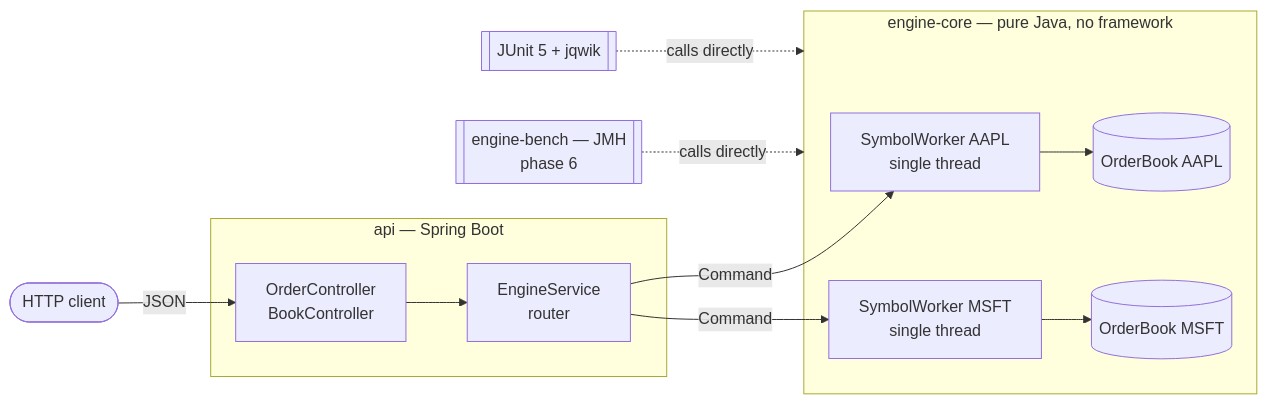
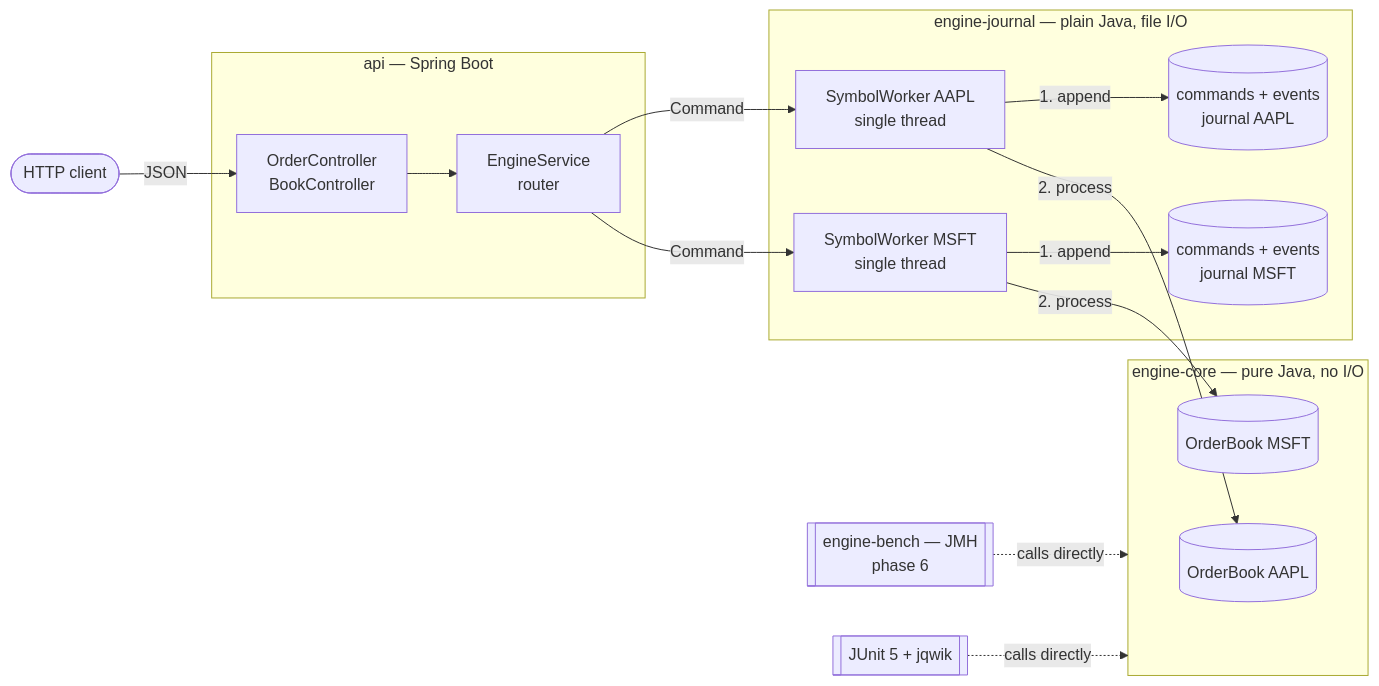
One commit to Ahmed-Berrada/Order_Book changed the first of 4 diagrams in README.md. Above: the diagram before and after it, drawn with Mermaid. The commit also changed other lines of this file and 2 other files, not shown here.

First line of the commit message:
docs: README, roadmap and CI for phase 2

````diff
--- a/README.md
+++ b/README.md
@@ -38,25 +39,34 @@
 ```mermaid
 flowchart LR
     client([HTTP client])
 
     subgraph api ["api — Spring Boot"]
         ctrl[OrderController<br/>BookController]
         svc[EngineService<br/>router]
     end
 
-    subgraph core ["engine-core — pure Java, no framework"]
+    subgraph journal ["engine-journal — plain Java, file I/O"]
         w1[SymbolWorker AAPL<br/>single thread]
         w2[SymbolWorker MSFT<br/>single thread]
+        j1[(commands + events<br/>journal AAPL)]
+        j2[(commands + events<br/>journal MSFT)]
+    end
+
+    subgraph core ["engine-core — pure Java, no I/O"]
         b1[(OrderBook AAPL)]
         b2[(OrderBook MSFT)]
     end
 
     bench[[engine-bench — JMH<br/>phase 6]]
     tests[[JUnit 5 + jqwik]]
 
     client -->|JSON| ctrl --> svc
-    svc -->|Command| w1 --> b1
-    svc -->|Command| w2 --> b2
+    svc -->|Command| w1
+    svc -->|Command| w2
+    w1 -->|1. append| j1
+    w1 -->|2. process| b1
+    w2 -->|1. append| j2
+    w2 -->|2. process| b2
     bench -.->|calls directly| core
     tests -.->|calls directly| core
 ```
````
